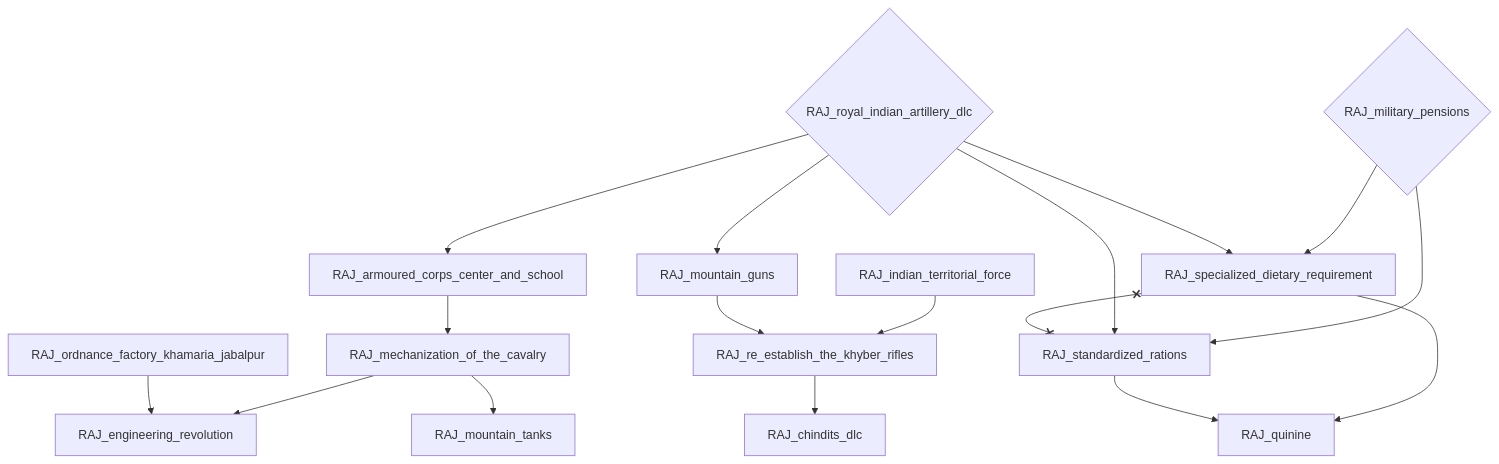
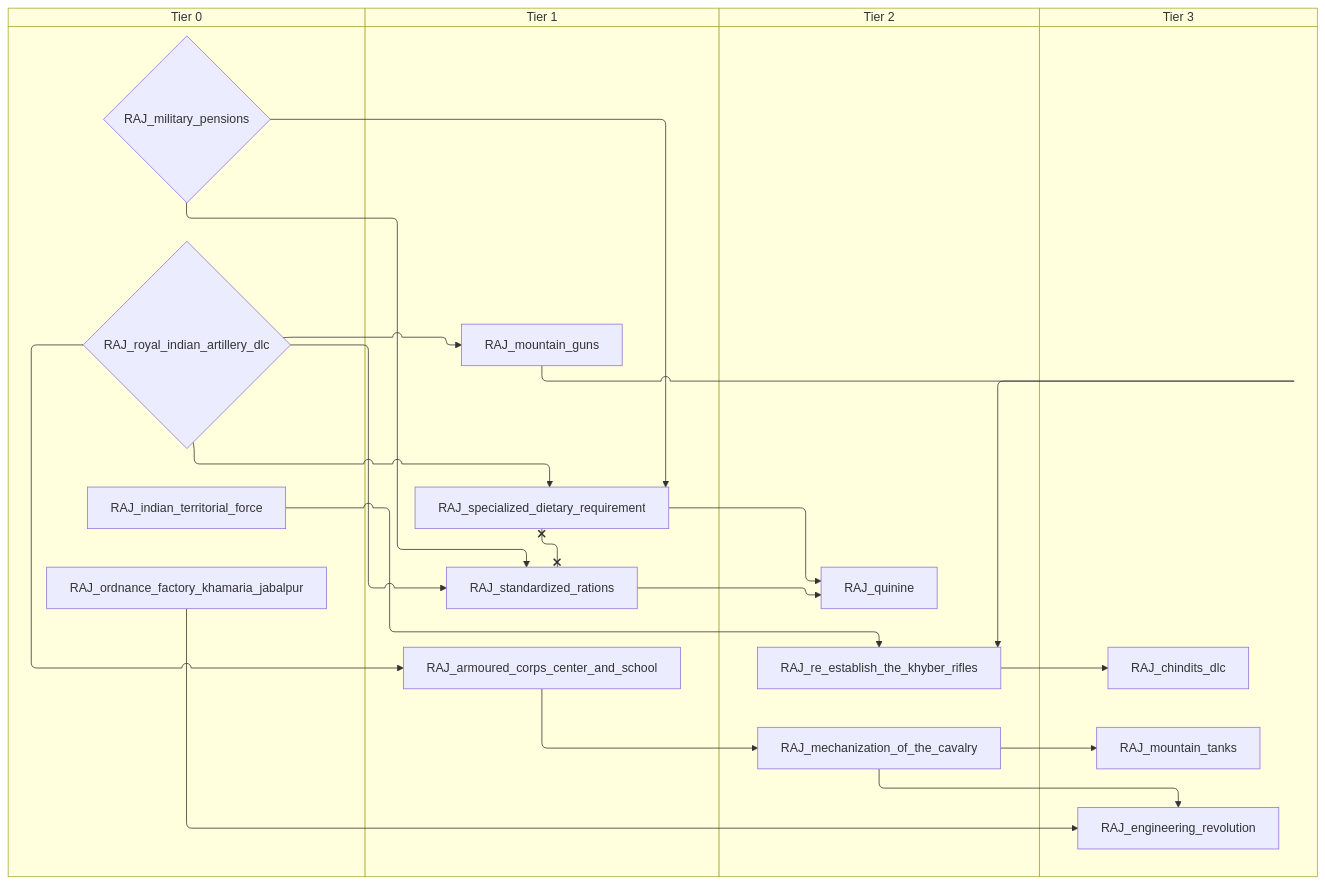
One commit to evgeny-sobol/hoi4-sandbox-mode-r56 changed diagram 12 of 13 in docs/gdd/National Focuses/r56/india_goe.md. Above: the diagram before and after it, drawn with Mermaid. The commit also changed other lines of this file and 423 other files, not shown here.

First line of the commit message:
Re-export Rt56 focus trees as swimlane diagrams

````diff
--- a/docs/gdd/National Focuses/r56/india_goe.md
+++ b/docs/gdd/National Focuses/r56/india_goe.md
@@ -1006,33 +1162,41 @@
 ```mermaid
-flowchart TD
-    n396["RAJ_armoured_corps_center_and_school"]
-    n210["RAJ_chindits_dlc"]
-    n4["RAJ_engineering_revolution"]
-    n215["RAJ_indian_territorial_force"]
-    n6["RAJ_mechanization_of_the_cavalry"]
-    n206{"RAJ_military_pensions"}
-    n217["RAJ_mountain_guns"]
-    n397["RAJ_mountain_tanks"]
-    n8["RAJ_ordnance_factory_khamaria_jabalpur"]
-    n218["RAJ_quinine"]
-    n219["RAJ_re_establish_the_khyber_rifles"]
-    n220{"RAJ_royal_indian_artillery_dlc"}
-    n221["RAJ_specialized_dietary_requirement"]
-    n222["RAJ_standardized_rations"]
-    n220 --> n396
-    n219 --> n210
-    n6 --> n4
-    n8 --> n4
-    n396 --> n6
-    n220 --> n217
-    n6 --> n397
-    n221 --> n218
-    n222 --> n218
-    n215 --> n219
-    n217 --> n219
-    n206 --> n221
-    n220 --> n221
-    n206 --> n222
-    n220 --> n222
-    n221 x--x n222
+swimlane-beta TD
+    subgraph tier_0["Tier 0"]
+        n217["RAJ_indian_territorial_force"]
+        n202{"RAJ_military_pensions"}
+        n7["RAJ_ordnance_factory_khamaria_jabalpur"]
+        n211{"RAJ_royal_indian_artillery_dlc"}
+    end
+    subgraph tier_1["Tier 1"]
+        n396["RAJ_armoured_corps_center_and_school"]
+        n210["RAJ_mountain_guns"]
+        n214["RAJ_specialized_dietary_requirement"]
+        n215["RAJ_standardized_rations"]
+    end
+    subgraph tier_2["Tier 2"]
+        n2["RAJ_mechanization_of_the_cavalry"]
+        n218["RAJ_quinine"]
+        n223["RAJ_re_establish_the_khyber_rifles"]
+    end
+    subgraph tier_3["Tier 3"]
+        n224["RAJ_chindits_dlc"]
+        n10["RAJ_engineering_revolution"]
+        n397["RAJ_mountain_tanks"]
+    end
+    n211 --> n396
+    n223 --> n224
+    n2 --> n10
+    n7 --> n10
+    n396 --> n2
+    n211 --> n210
+    n2 --> n397
+    n214 --> n218
+    n215 --> n218
+    n217 --> n223
+    n210 --> n223
+    n202 --> n214
+    n211 --> n214
+    n202 --> n215
+    n211 --> n215
+    n214 x--x n215
 ```
````
